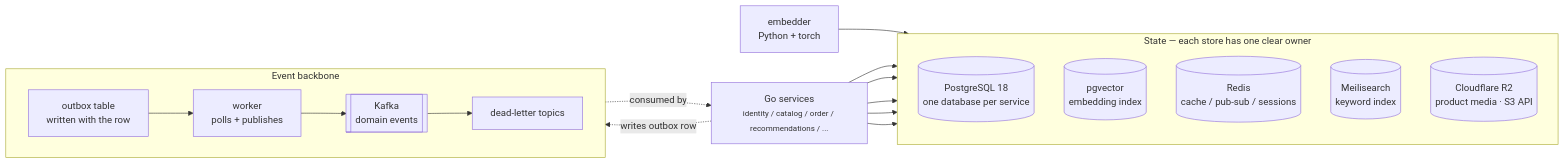
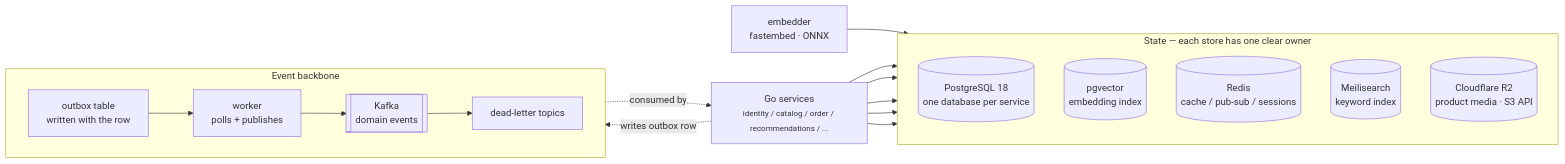
The second of 2 diagrams in README.md (hoangphi117/GOshop), drawn with Mermaid before and after one commit. The commit also changed other lines of this file, not shown here.

````diff
--- a/README.md
+++ b/README.md
@@ -160,30 +152,30 @@
 ```mermaid
 flowchart LR
     SVC["Go services<br/><small>identity / catalog / order / recommendations / ...</small>"]
 
     subgraph state["State — each store has one clear owner"]
         direction TB
         PG[("PostgreSQL 18<br/>one database per service")]
         PGV[("pgvector<br/>embedding index")]
         RD[("Redis<br/>cache / pub-sub / sessions")]
         MS[("Meilisearch<br/>keyword index")]
         MO[("Cloudflare R2<br/>product media · S3 API")]
     end
 
     subgraph events["Event backbone"]
         direction LR
         OB["outbox table<br/>written with the row"] --> WK["worker<br/>polls + publishes"]
         WK --> KF[["Kafka<br/>domain events"]]
         KF --> DLQ["dead-letter topics"]
     end
 
-    EMB["embedder<br/>Python + torch"] --> PGV
+    EMB["embedder<br/>fastembed · ONNX"] --> PGV
 
     SVC --> PG
     SVC --> PGV
     SVC --> RD
     SVC --> MS
     SVC --> MO
     SVC -. "writes outbox row" .-> OB
     KF -. "consumed by" .-> SVC
 ```
````
